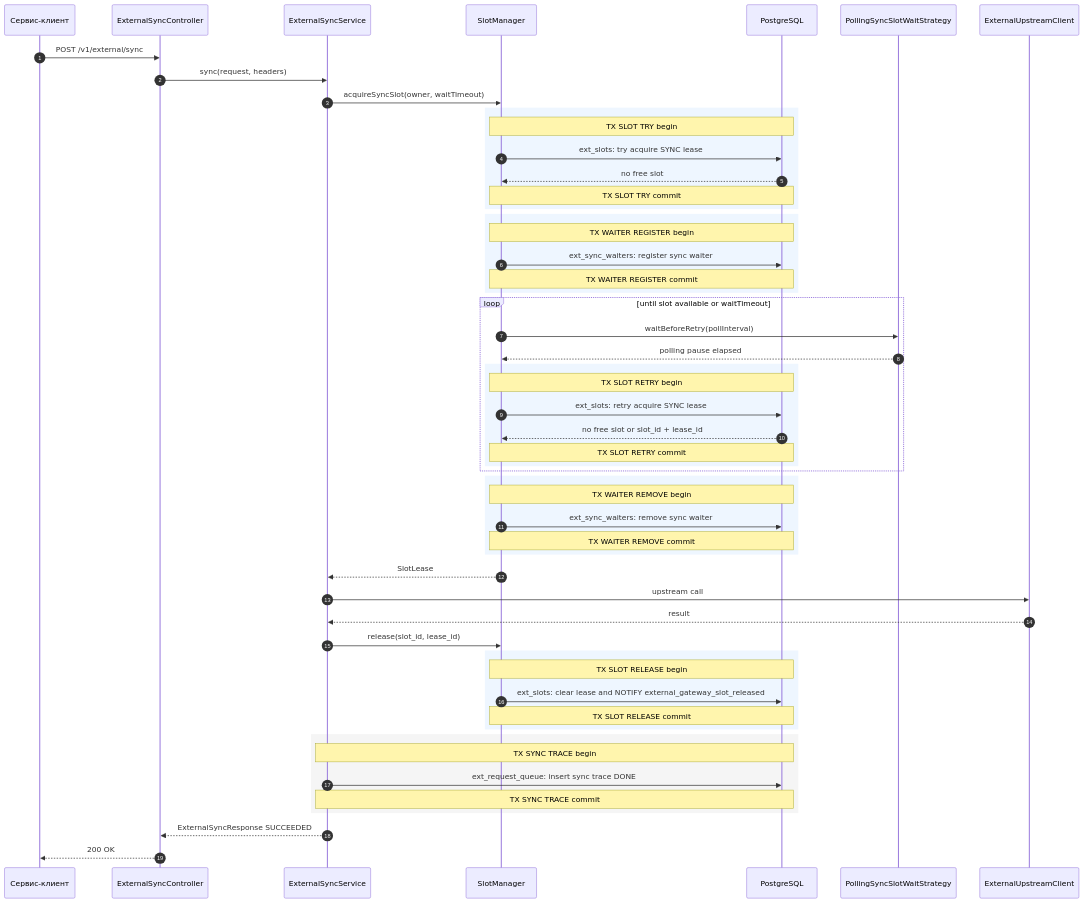
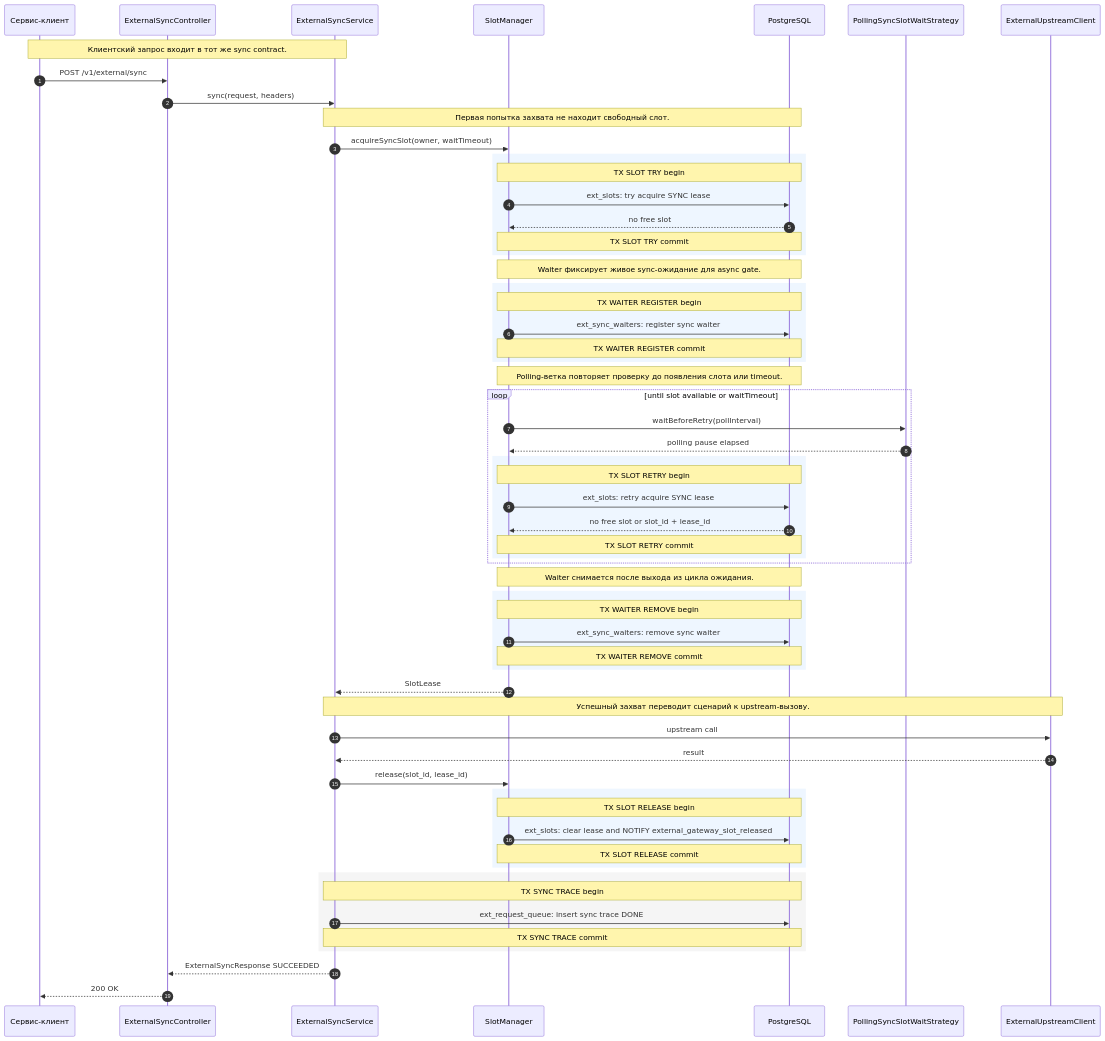
The third of 7 diagrams in docs/external-service-gateway/architecture/05-sequence-sync.md (DenisVanin4402/TestQwenCli), drawn with Mermaid before and after one commit. The commit also changed other lines of this file and 2 other files, not shown here.

Commit message:
диаграммы обновлены детализацией sequence

````diff
--- a/docs/external-service-gateway/architecture/05-sequence-sync.md
+++ b/docs/external-service-gateway/architecture/05-sequence-sync.md
@@ -116,57 +176,63 @@
 ```mermaid
 sequenceDiagram
     autonumber
     participant Client as Сервис-клиент
     participant API as ExternalSyncController
     participant Sync as ExternalSyncService
     participant Slots as SlotManager
     participant DB as PostgreSQL
     participant Wait as PollingSyncSlotWaitStrategy
     participant Upstream as ExternalUpstreamClient
 
+    Note over Client,Sync: Клиентский запрос входит в тот же sync contract.
     Client->>API: POST /v1/external/sync
     API->>Sync: sync(request, headers)
+    Note over Sync,DB: Первая попытка захвата не находит свободный слот.
     Sync->>Slots: acquireSyncSlot(owner, waitTimeout)
     rect rgb(238, 246, 255)
         Note over Slots,DB: TX SLOT TRY begin
         Slots->>DB: ext_slots: try acquire SYNC lease
         DB-->>Slots: no free slot
         Note over Slots,DB: TX SLOT TRY commit
     end
+    Note over Slots,DB: Waiter фиксирует живое sync-ожидание для async gate.
     rect rgb(238, 246, 255)
         Note over Slots,DB: TX WAITER REGISTER begin
         Slots->>DB: ext_sync_waiters: register sync waiter
         Note over Slots,DB: TX WAITER REGISTER commit
     end
+    Note over Slots,DB: Polling-ветка повторяет проверку до появления слота или timeout.
     loop until slot available or waitTimeout
         Slots->>Wait: waitBeforeRetry(pollInterval)
         Wait-->>Slots: polling pause elapsed
         rect rgb(238, 246, 255)
             Note over Slots,DB: TX SLOT RETRY begin
             Slots->>DB: ext_slots: retry acquire SYNC lease
             DB-->>Slots: no free slot or slot_id + lease_id
             Note over Slots,DB: TX SLOT RETRY commit
         end
     end
+    Note over Slots,DB: Waiter снимается после выхода из цикла ожидания.
     rect rgb(238, 246, 255)
         Note over Slots,DB: TX WAITER REMOVE begin
         Slots->>DB: ext_sync_waiters: remove sync waiter
         Note over Slots,DB: TX WAITER REMOVE commit
     end
     Slots-->>Sync: SlotLease
+    Note over Sync,Upstream: Успешный захват переводит сценарий к upstream-вызову.
     Sync->>Upstream: upstream call
     Upstream-->>Sync: result
     Sync->>Slots: release(slot_id, lease_id)
     rect rgb(238, 246, 255)
         Note over Slots,DB: TX SLOT RELEASE begin
         Slots->>DB: ext_slots: clear lease and NOTIFY external_gateway_slot_released
         Note over Slots,DB: TX SLOT RELEASE commit
     end
     rect rgb(245, 245, 245)
         Note over Sync,DB: TX SYNC TRACE begin
         Sync->>DB: ext_request_queue: insert sync trace DONE
         Note over Sync,DB: TX SYNC TRACE commit
     end
     Sync-->>API: ExternalSyncResponse SUCCEEDED
     API-->>Client: 200 OK
 ```
````
